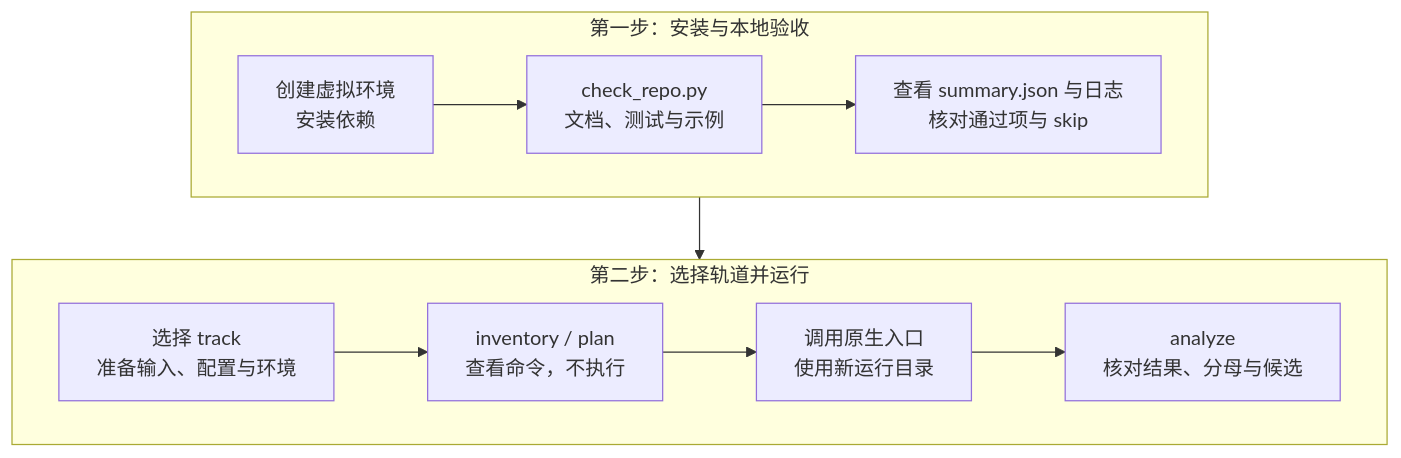
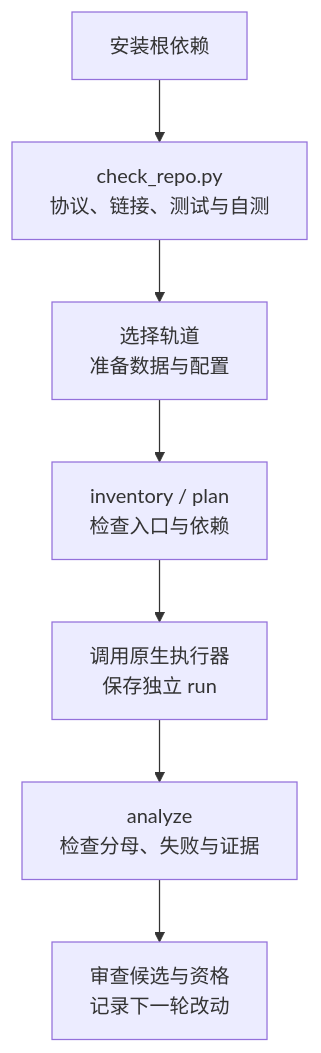
One commit to StrawberryTreea/agent-safety-harness changed the third of 3 diagrams in README.zh-CN.md. Above: the diagram before and after it, drawn with Mermaid. The commit also changed other lines of this file and 266 other files, not shown here.

````diff
--- a/README.zh-CN.md
+++ b/README.zh-CN.md
@@ -71,15 +79,9 @@
 ```mermaid
 flowchart TB
-    subgraph Local["第一步：安装与本地验收"]
-        direction LR
-        Install["创建虚拟环境<br/>安装依赖"] --> Check["check_repo.py<br/>文档、测试与示例"]
-        Check --> Evidence["查看 summary.json 与日志<br/>核对通过项与 skip"]
-    end
-    subgraph Real["第二步：选择轨道并运行"]
-        direction LR
-        Choose["选择 track<br/>准备输入、配置与环境"] --> Plan["inventory / plan<br/>查看命令，不执行"]
-        Plan --> Native["调用原生入口<br/>使用新运行目录"]
-        Native --> Analyze["analyze<br/>核对结果、分母与候选"]
-    end
-    Local --> Real
+    Install["安装根依赖"] --> Check["check_repo.py<br/>协议、链接、测试与自测"]
+    Check --> Choose["选择轨道<br/>准备数据与配置"]
+    Choose --> Plan["inventory / plan<br/>检查入口与依赖"]
+    Plan --> Execute["调用原生执行器<br/>保存独立 run"]
+    Execute --> Analyze["analyze<br/>检查分母、失败与证据"]
+    Analyze --> Review["审查候选与资格<br/>记录下一轮改动"]
 ```
````
